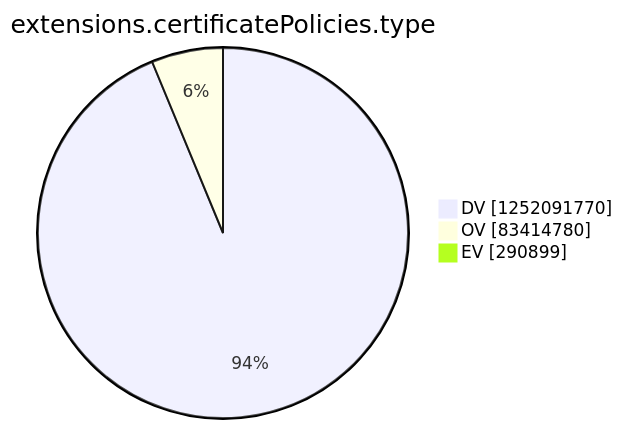
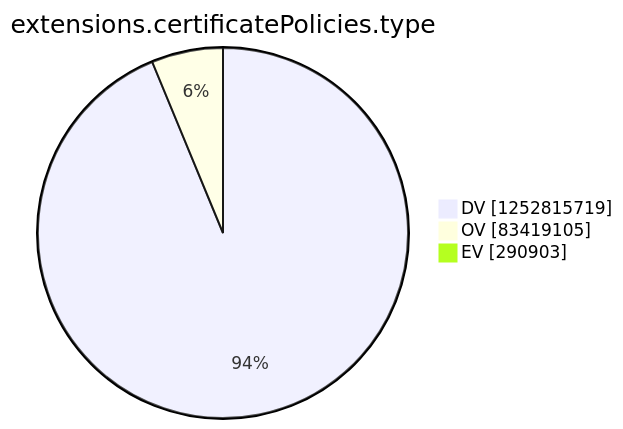
The tenth of 15 diagrams in argon2022/README.md (christiankrug/ctmonitor_visualization), drawn with Mermaid before and after one commit. The commit also changed other lines of this file, not shown here.

````diff
--- a/argon2022/README.md
+++ b/argon2022/README.md
@@ -2771,7 +2771,7 @@
 ```mermaid
 pie showData
 title extensions.certificatePolicies.type
-"DV" :1252091770
-"OV" :83414780
-"EV" :290899
+"DV" :1252815719
+"OV" :83419105
+"EV" :290903
 ```
````
